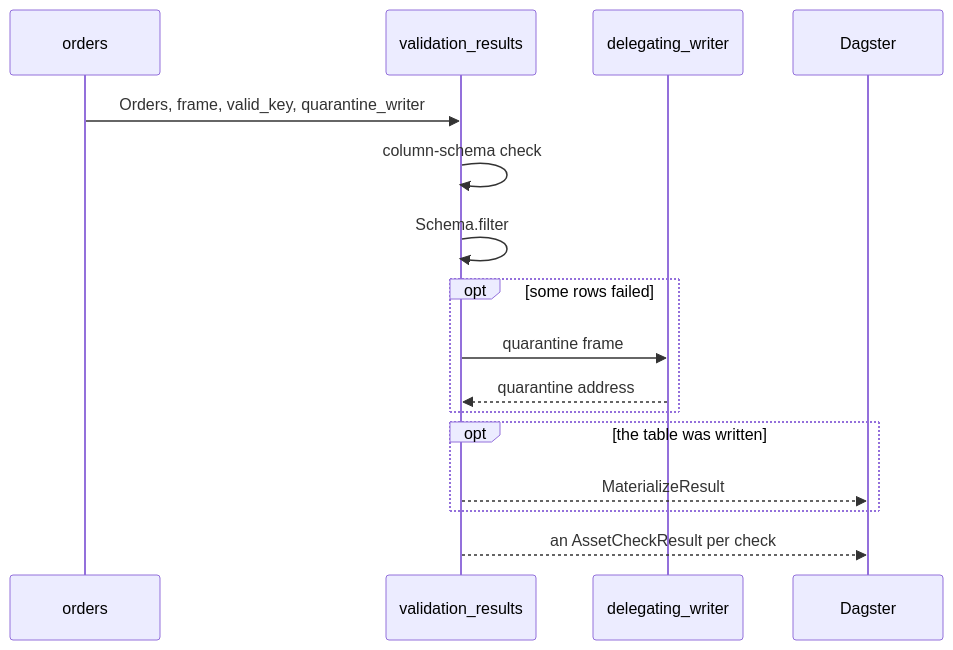
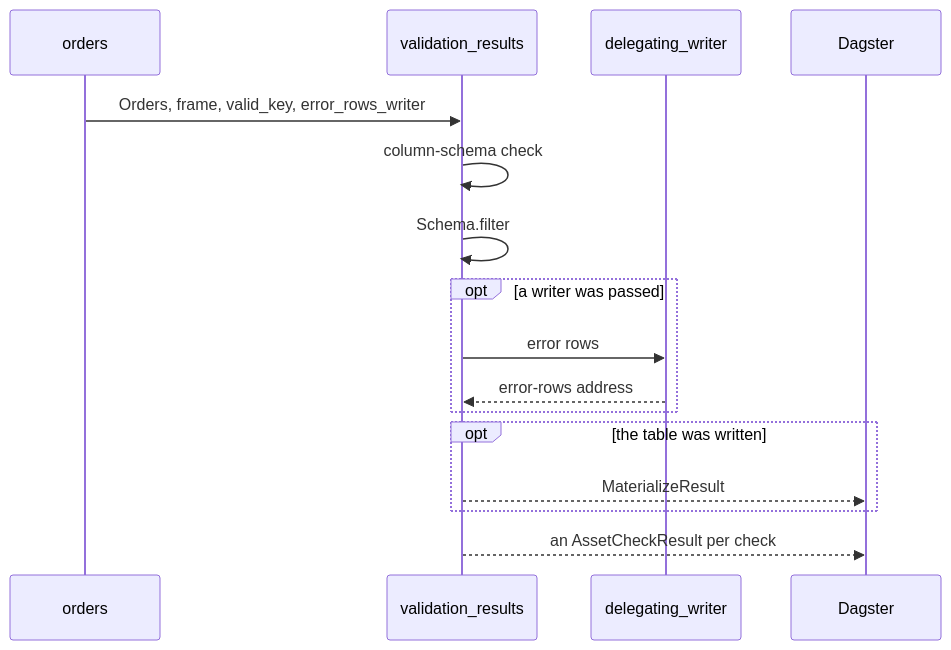
The second of 2 diagrams in user_guide/hand-wiring.qmd (ozanozbeker/dagster-dataframely), drawn with Mermaid before and after one commit. The commit also changed other lines of this file and 60 other files, not shown here.

First line of the commit message:
feat!: declare rule severity on the schema and replace quarantine with filter

````diff
--- a/user_guide/hand-wiring.qmd
+++ b/user_guide/hand-wiring.qmd
@@ -135,19 +138,19 @@
 ```{mermaid}
 %%| label: hand-wiring-sequence
 sequenceDiagram
     participant A as orders
     participant V as validation_results
     participant W as delegating_writer
     participant D as Dagster
-    A->>V: Orders, frame, valid_key, quarantine_writer
+    A->>V: Orders, frame, valid_key, error_rows_writer
     V->>V: column-schema check
     V->>V: Schema.filter
-    opt some rows failed
-        V->>W: quarantine frame
-        W-->>V: quarantine address
+    opt a writer was passed
+        V->>W: error rows
+        W-->>V: error-rows address
     end
     opt the table was written
         V-->>D: MaterializeResult
     end
     V-->>D: an AssetCheckResult per check
 ```
````
